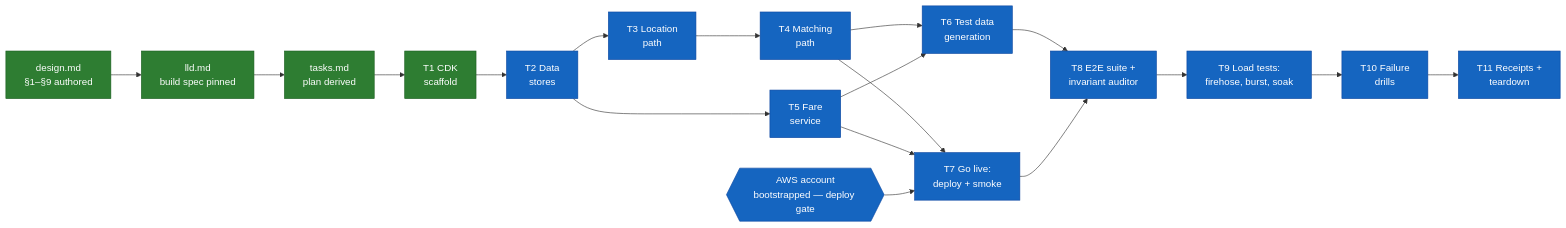
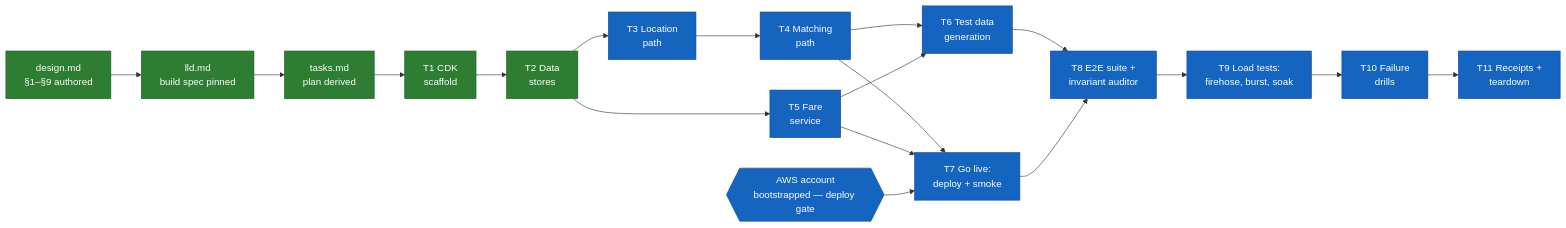
One commit to quannh0308/SystemDesignDeepDives changed the diagram in uber-like-rides/ledger.md. Above: the diagram before and after it, drawn with Mermaid. The commit also changed other lines of this file and 6 other files, not shown here.

````diff
--- a/uber-like-rides/ledger.md
+++ b/uber-like-rides/ledger.md
@@ -8,38 +8,38 @@
 ```mermaid
 flowchart LR
     DESIGN[design.md<br/>§1–§9 authored]
     LLD[lld.md<br/>build spec pinned]
     PLAN[tasks.md<br/>plan derived]
     T1[T1 CDK<br/>scaffold]
     T2[T2 Data<br/>stores]
     T3[T3 Location<br/>path]
     T4[T4 Matching<br/>path]
     T5[T5 Fare<br/>service]
     T6[T6 Test data<br/>generation]
     T7[T7 Go live:<br/>deploy + smoke]
     T8[T8 E2E suite +<br/>invariant auditor]
     T9[T9 Load tests:<br/>firehose, burst, soak]
     T10[T10 Failure<br/>drills]
     T11[T11 Receipts +<br/>teardown]
     AWS{{AWS account<br/>bootstrapped — deploy gate}}
 
     DESIGN --> LLD --> PLAN --> T1
     T1 --> T2
     T2 --> T3
     T2 --> T5
     T3 --> T4
     T4 --> T6
     T5 --> T6
     T4 --> T7
     T5 --> T7
     AWS --> T7
     T6 --> T8
     T7 --> T8
     T8 --> T9 --> T10 --> T11
 
     classDef done fill:#2e7d32,color:#fff,stroke:#1b5e20
     classDef active fill:#ff8f00,color:#fff,stroke:#e65100
     classDef pending fill:#1565c0,color:#fff,stroke:#0d47a1
-    class DESIGN,LLD,PLAN,T1 done
-    class T2,T3,T4,T5,T6,T7,T8,T9,T10,T11,AWS pending
+    class DESIGN,LLD,PLAN,T1,T2 done
+    class T3,T4,T5,T6,T7,T8,T9,T10,T11,AWS pending
 ```
````
